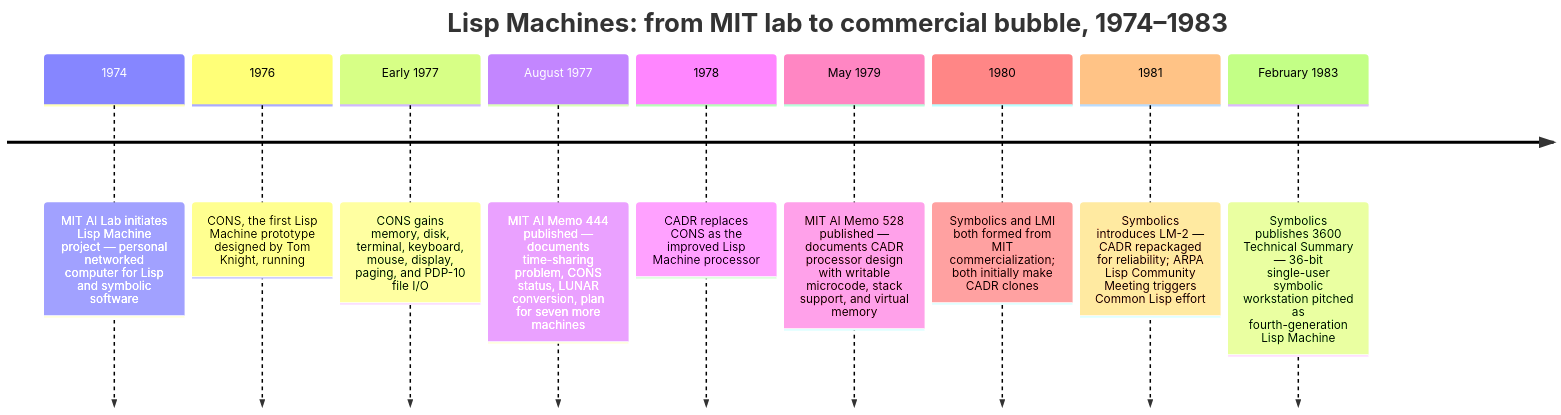
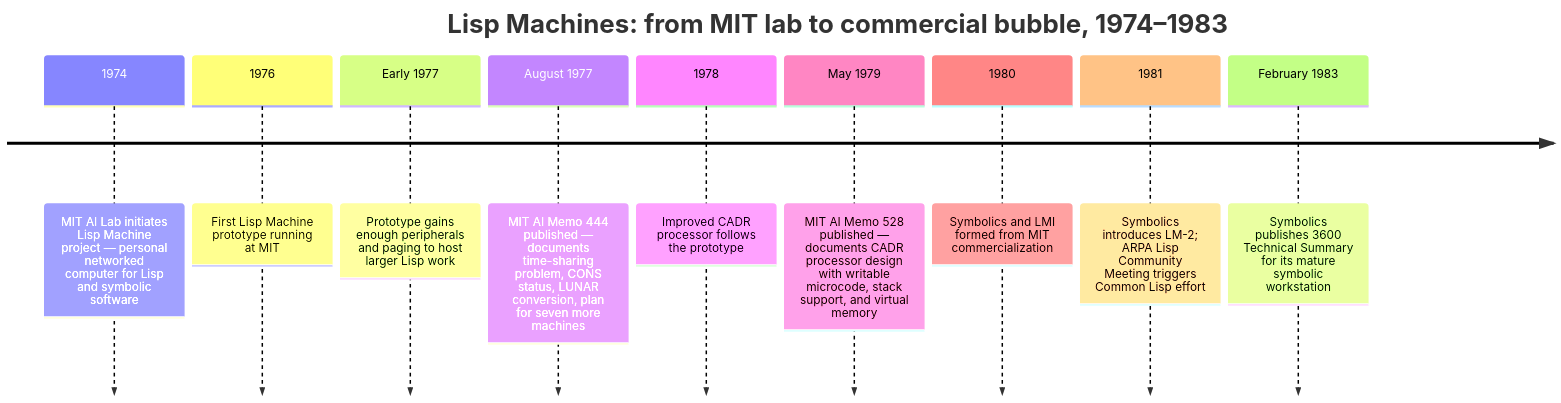
Before and after one commit to kube-dojo/kube-dojo: the diagram in src/content/docs/ai-history/ch-22-the-lisp-machine-bubble.md, drawn with Mermaid. The commit also changed other lines of this file and 1 other file, not shown here.

````diff
--- a/src/content/docs/ai-history/ch-22-the-lisp-machine-bubble.md
+++ b/src/content/docs/ai-history/ch-22-the-lisp-machine-bubble.md
@@ -30,13 +30,13 @@
 ```mermaid
 timeline
     title Lisp Machines: from MIT lab to commercial bubble, 1974–1983
     1974 : MIT AI Lab initiates Lisp Machine project — personal networked computer for Lisp and symbolic software
-    1976 : CONS, the first Lisp Machine prototype designed by Tom Knight, running
-    Early 1977 : CONS gains memory, disk, terminal, keyboard, mouse, display, paging, and PDP-10 file I/O
+    1976 : First Lisp Machine prototype running at MIT
+    Early 1977 : Prototype gains enough peripherals and paging to host larger Lisp work
     August 1977 : MIT AI Memo 444 published — documents time-sharing problem, CONS status, LUNAR conversion, plan for seven more machines
-    1978 : CADR replaces CONS as the improved Lisp Machine processor
+    1978 : Improved CADR processor follows the prototype
     May 1979 : MIT AI Memo 528 published — documents CADR processor design with writable microcode, stack support, and virtual memory
-    1980 : Symbolics and LMI both formed from MIT commercialization; both initially make CADR clones
-    1981 : Symbolics introduces LM-2 — CADR repackaged for reliability; ARPA Lisp Community Meeting triggers Common Lisp effort
-    February 1983 : Symbolics publishes 3600 Technical Summary — 36-bit single-user symbolic workstation pitched as fourth-generation Lisp Machine
+    1980 : Symbolics and LMI formed from MIT commercialization
+    1981 : Symbolics introduces LM-2; ARPA Lisp Community Meeting triggers Common Lisp effort
+    February 1983 : Symbolics publishes 3600 Technical Summary for its mature symbolic workstation
 ```
````
